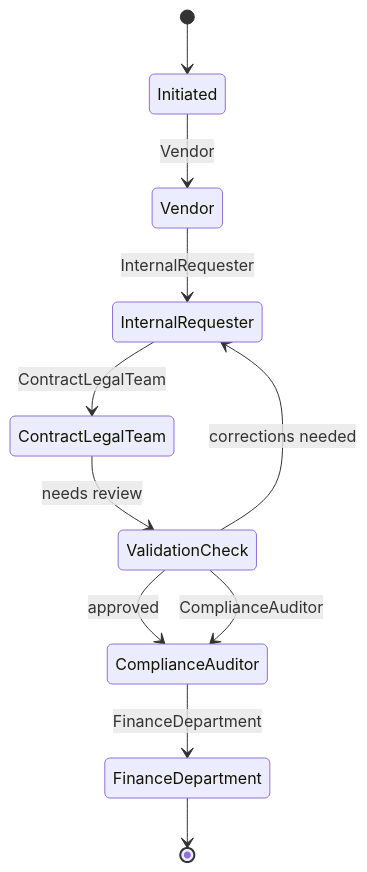
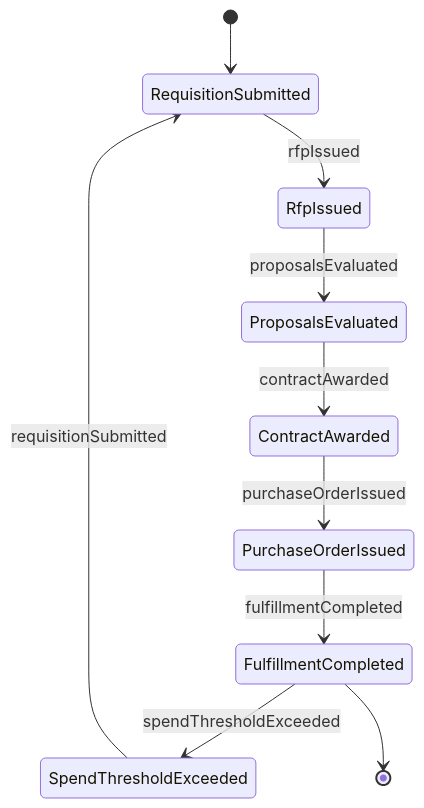
The second of 4 diagrams in GuidingDirectingAndMotivatingSubordinates/DirectOrganizationalOperationsActivitiesOrProcedures/CoordinateResourceProcurementActivities.mdx (dot-org-ai/tasks.org.ai), drawn with Mermaid before and after one commit. The commit also changed other lines of this file and 515 other files, not shown here.

````diff
--- a/GuidingDirectingAndMotivatingSubordinates/DirectOrganizationalOperationsActivitiesOrProcedures/CoordinateResourceProcurementActivities.mdx
+++ b/GuidingDirectingAndMotivatingSubordinates/DirectOrganizationalOperationsActivitiesOrProcedures/CoordinateResourceProcurementActivities.mdx
@@ -101,13 +103,12 @@
 ```mermaid
 stateDiagram-v2
-    [*] --> Initiated
-    Initiated --> Vendor: Vendor
-    Vendor --> InternalRequester: InternalRequester
-    InternalRequester --> ContractLegalTeam: ContractLegalTeam
-    ContractLegalTeam --> ValidationCheck: needs review
-    ValidationCheck --> InternalRequester: corrections needed
-    ValidationCheck --> ComplianceAuditor: approved
-    ValidationCheck --> ComplianceAuditor: ComplianceAuditor
-    ComplianceAuditor --> FinanceDepartment: FinanceDepartment
-    FinanceDepartment --> [*]
+    [*] --> RequisitionSubmitted
+    RequisitionSubmitted --> RfpIssued : rfpIssued
+    RfpIssued --> ProposalsEvaluated : proposalsEvaluated
+    ProposalsEvaluated --> ContractAwarded : contractAwarded
+    ContractAwarded --> PurchaseOrderIssued : purchaseOrderIssued
+    PurchaseOrderIssued --> FulfillmentCompleted : fulfillmentCompleted
+    FulfillmentCompleted --> SpendThresholdExceeded : spendThresholdExceeded
+    SpendThresholdExceeded --> RequisitionSubmitted : requisitionSubmitted
+    FulfillmentCompleted --> [*]
 ```
````
